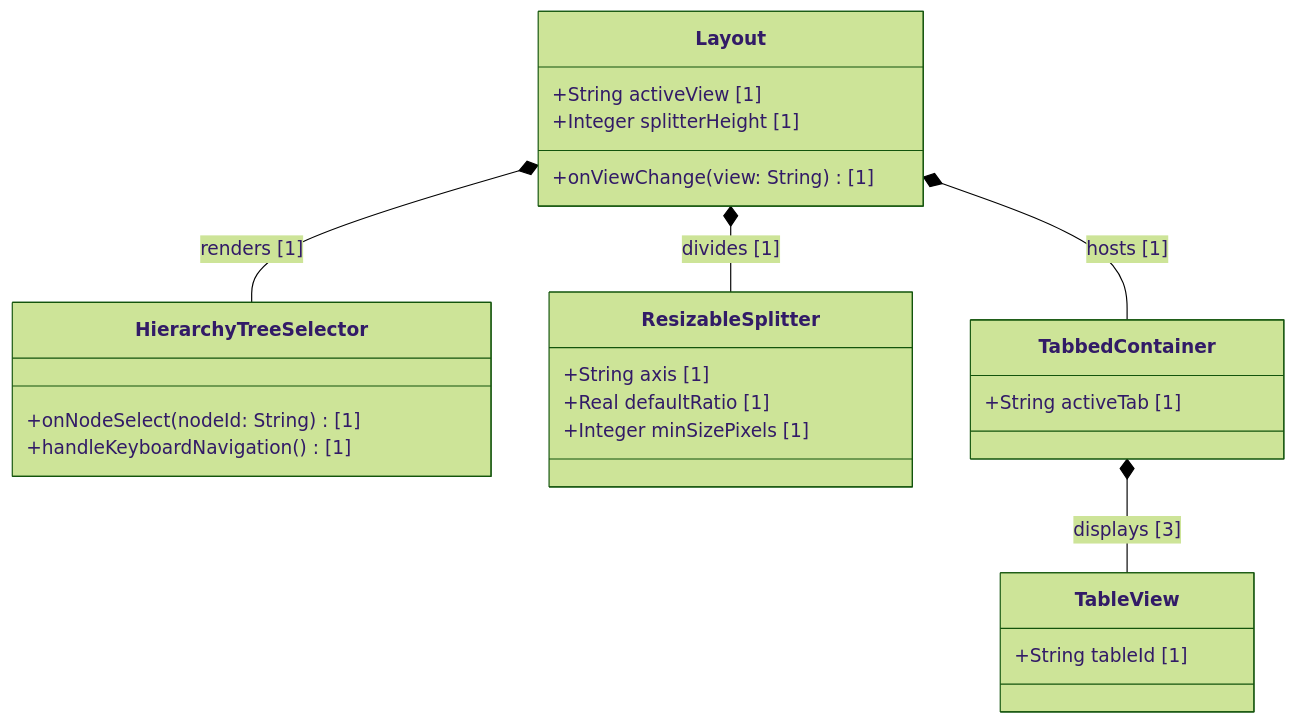
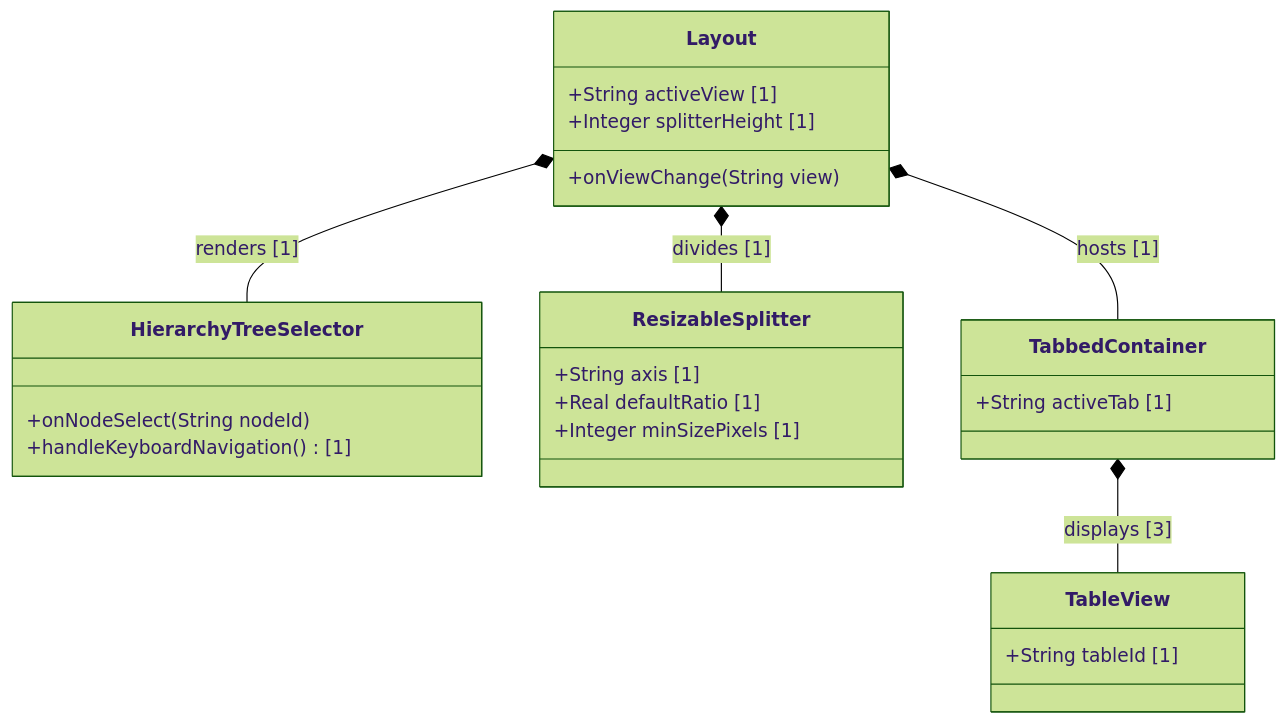
Before and after one commit to gintatkinson/digital-pipeline-repo: the diagram in docs/features/feat-10-logical-ui-layout.md, drawn with Mermaid (forest theme). The commit also changed 16 other files, not shown here.

Commit message:
feat: implement fix_mermaid_colons.py and repair existing Mermaid class diagrams

````diff
--- a/docs/features/feat-10-logical-ui-layout.md
+++ b/docs/features/feat-10-logical-ui-layout.md
@@ -13,28 +13,28 @@
 ```mermaid
 classDiagram
     class Layout {
         +String activeView [1]
         +Integer splitterHeight [1]
-        +onViewChange(view: String) [1]
+        +onViewChange(String view)
     }
     class HierarchyTreeSelector {
-        +onNodeSelect(nodeId: String) [1]
+        +onNodeSelect(String nodeId)
         +handleKeyboardNavigation() [1]
     }
     class ResizableSplitter {
         +String axis [1]
         +Real defaultRatio [1]
         +Integer minSizePixels [1]
     }
     class TabbedContainer {
         +String activeTab [1]
     }
     class TableView {
         +String tableId [1]
     }
 
     Layout *-- HierarchyTreeSelector : renders [1]
     Layout *-- ResizableSplitter : divides [1]
     Layout *-- TabbedContainer : hosts [1]
     TabbedContainer *-- TableView : displays [3]
 ```
````
